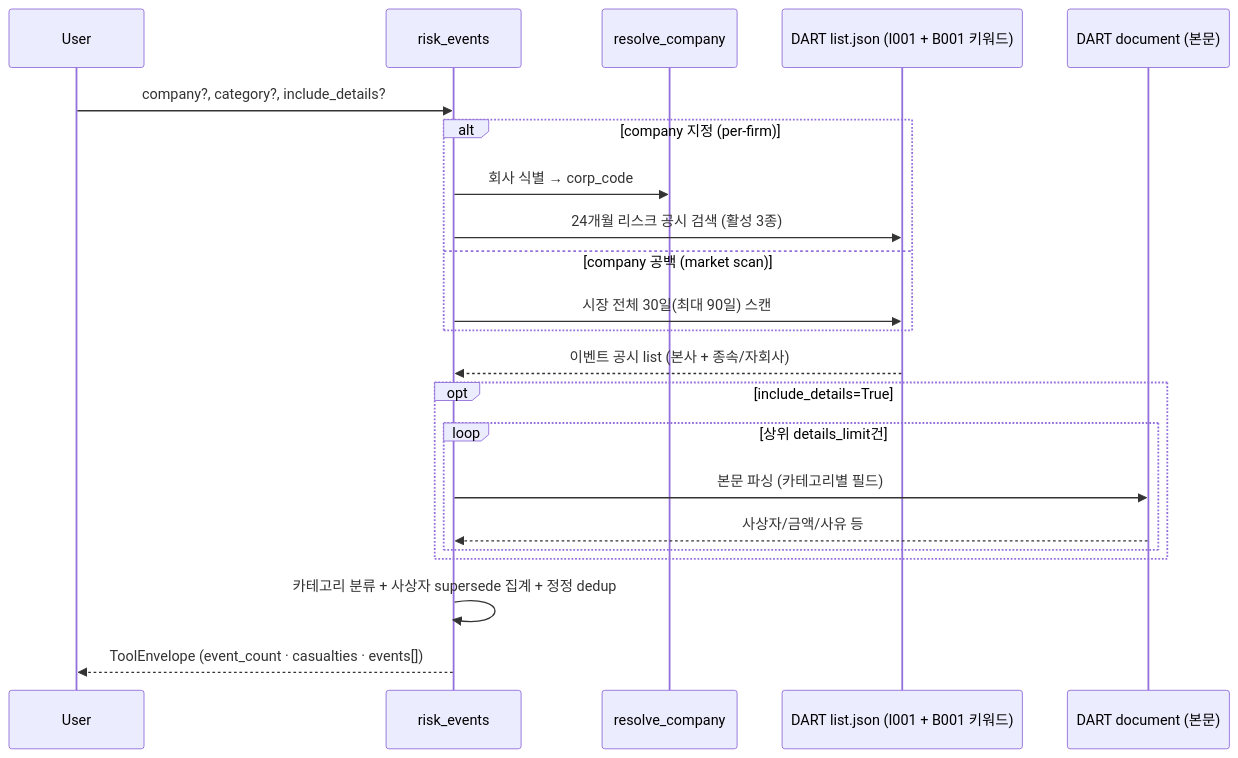
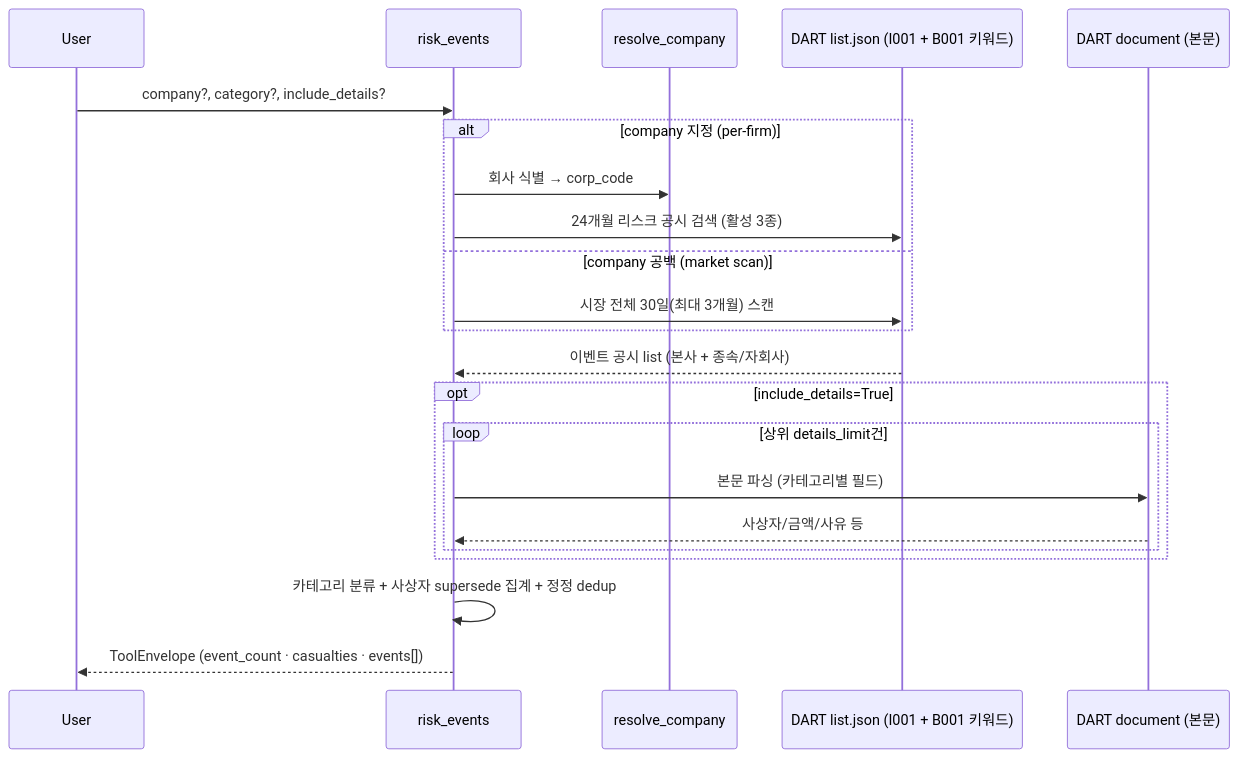
Before and after one commit to MarcoYou/open-proxy-mcp: the diagram in wiki/tools/risk_events.md, drawn with Mermaid. The commit also changed other lines of this file and 15 other files, not shown here.

````diff
--- a/wiki/tools/risk_events.md
+++ b/wiki/tools/risk_events.md
@@ -48,24 +48,24 @@
 ```mermaid
 sequenceDiagram
     participant U as User
     participant T as risk_events
     participant R as resolve_company
     participant L as DART list.json (I001 + B001 키워드)
     participant X as DART document (본문)
     U->>T: company?, category?, include_details?
     alt company 지정 (per-firm)
         T->>R: 회사 식별 → corp_code
         T->>L: 24개월 리스크 공시 검색 (활성 3종)
     else company 공백 (market scan)
-        T->>L: 시장 전체 30일(최대 90일) 스캔
+        T->>L: 시장 전체 30일(최대 3개월) 스캔
     end
     L-->>T: 이벤트 공시 list (본사 + 종속/자회사)
     opt include_details=True
         loop 상위 details_limit건
             T->>X: 본문 파싱 (카테고리별 필드)
             X-->>T: 사상자/금액/사유 등
         end
     end
     T->>T: 카테고리 분류 + 사상자 supersede 집계 + 정정 dedup
     T-->>U: ToolEnvelope (event_count · casualties · events[])
 ```
````
